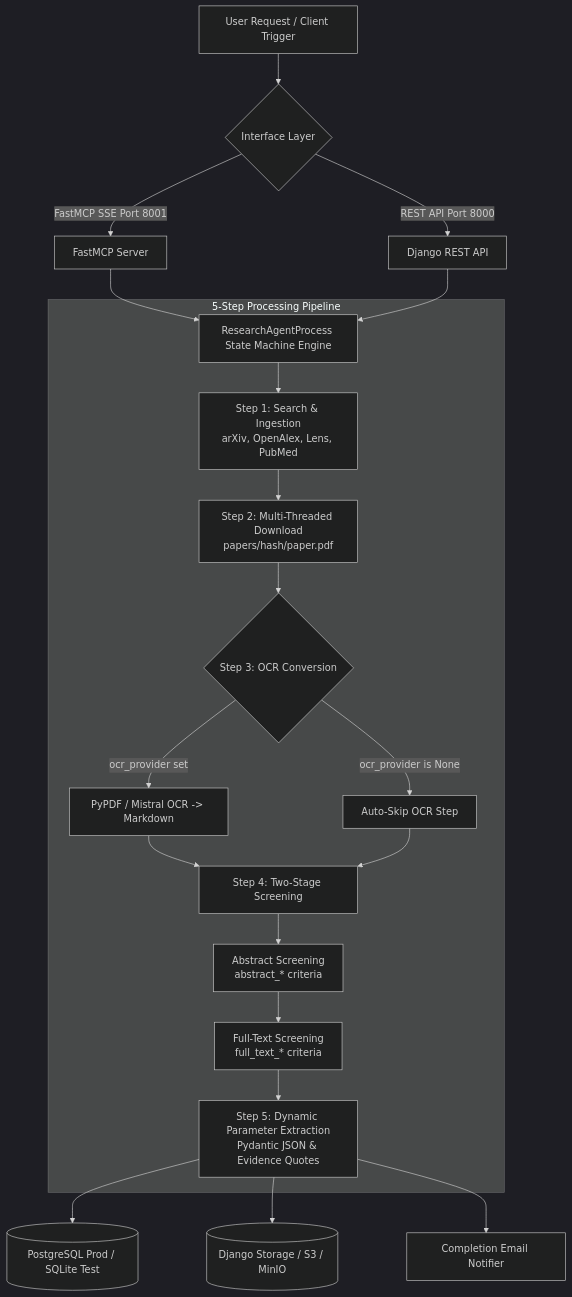
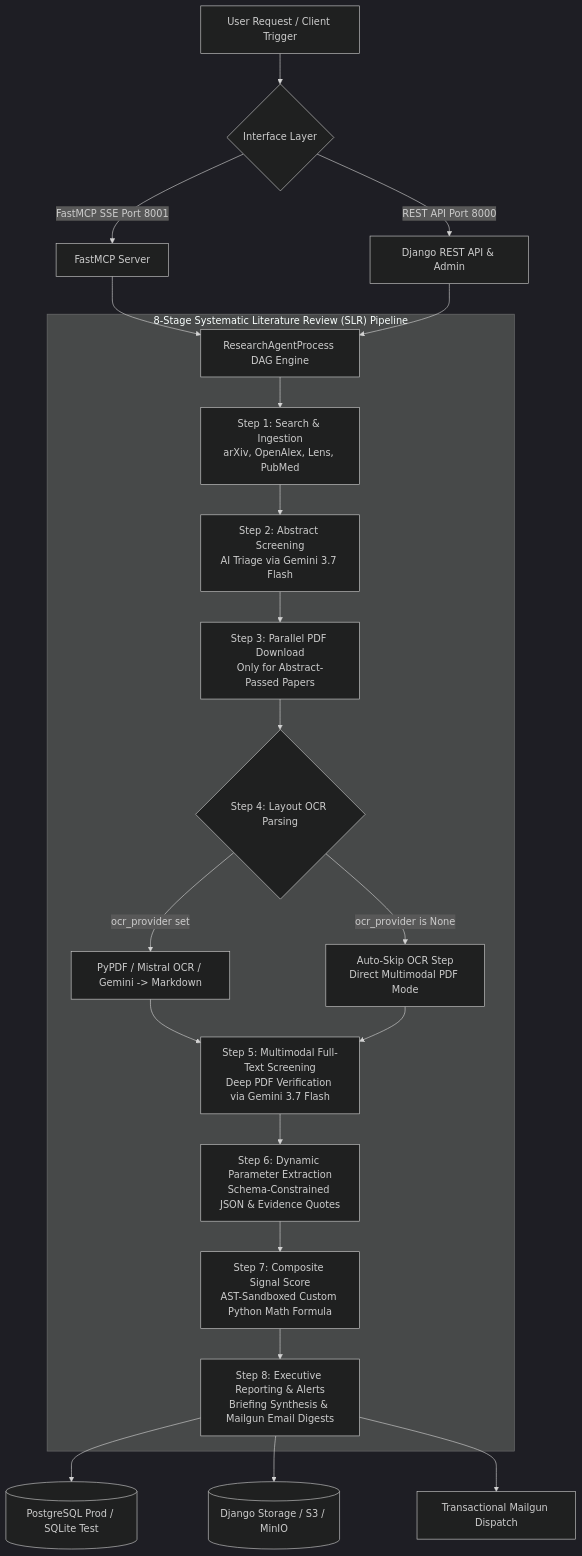
Before and after one commit to p4ku/research-intelligence: the first of 2 diagrams in README.md, drawn with Mermaid (dark theme). The commit also changed other lines of this file and 2 other files, not shown here.

Commit message:
docs: align root and backend READMEs with 8-stage SLR DAG architecture and test metrics

````diff
--- a/README.md
+++ b/README.md
@@ -14,26 +14,28 @@
 ```mermaid
 graph TD
     UserQuery[User Request / Client Trigger] --> InterfaceLayer{Interface Layer}
     InterfaceLayer -->|FastMCP SSE Port 8001| FastMCP[FastMCP Server]
-    InterfaceLayer -->|REST API Port 8000| DRF[Django REST API]
+    InterfaceLayer -->|REST API Port 8000| DRF[Django REST API & Admin]
     
-    FastMCP --> AgentEngine[ResearchAgentProcess State Machine Engine]
+    FastMCP --> AgentEngine[ResearchAgentProcess DAG Engine]
     DRF --> AgentEngine
     
-    subgraph PipelineExecution ["5-Step Processing Pipeline"]
+    subgraph PipelineExecution ["8-Stage Systematic Literature Review (SLR) Pipeline"]
         AgentEngine --> Step1[Step 1: Search & Ingestion<br/>arXiv, OpenAlex, Lens, PubMed]
-        Step1 --> Step2[Step 2: Multi-Threaded Download<br/>papers/hash/paper.pdf]
-        Step2 --> Step3{Step 3: OCR Conversion}
-        Step3 -->|ocr_provider set| PyPDF_Mistral[PyPDF / Mistral OCR -> Markdown]
-        Step3 -->|ocr_provider is None| SkipOCR[Auto-Skip OCR Step]
-        PyPDF_Mistral --> Step4
-        SkipOCR --> Step4
-        Step4[Step 4: Two-Stage Screening] --> Stage4A[Abstract Screening<br/>abstract_* criteria]
-        Stage4A --> Stage4B[Full-Text Screening<br/>full_text_* criteria]
-        Stage4B --> Step5[Step 5: Dynamic Parameter Extraction<br/>Pydantic JSON & Evidence Quotes]
+        Step1 --> Step2[Step 2: Abstract Screening<br/>AI Triage via Gemini 3.7 Flash]
+        Step2 --> Step3[Step 3: Parallel PDF Download<br/>Only for Abstract-Passed Papers]
+        Step3 --> Step4{Step 4: Layout OCR Parsing}
+        Step4 -->|ocr_provider set| PyPDF_Mistral[PyPDF / Mistral OCR / Gemini -> Markdown]
+        Step4 -->|ocr_provider is None| SkipOCR[Auto-Skip OCR Step<br/>Direct Multimodal PDF Mode]
+        PyPDF_Mistral --> Step5
+        SkipOCR --> Step5
+        Step5[Step 5: Multimodal Full-Text Screening<br/>Deep PDF Verification via Gemini 3.7 Flash]
+        Step5 --> Step6[Step 6: Dynamic Parameter Extraction<br/>Schema-Constrained JSON & Evidence Quotes]
+        Step6 --> Step7[Step 7: Composite Signal Score<br/>AST-Sandboxed Custom Python Math Formula]
+        Step7 --> Step8[Step 8: Executive Reporting & Alerts<br/>Briefing Synthesis & Mailgun Email Digests]
     end
     
-    Step5 --> DB[(PostgreSQL Prod / SQLite Test)]
-    Step5 --> Storage[(Django Storage / S3 / MinIO)]
-    Step5 --> EmailNotifier[Completion Email Notifier]
+    Step8 --> DB[(PostgreSQL Prod / SQLite Test)]
+    Step8 --> Storage[(Django Storage / S3 / MinIO)]
+    Step8 --> EmailNotifier[Transactional Mailgun Dispatch]
 ```
````
